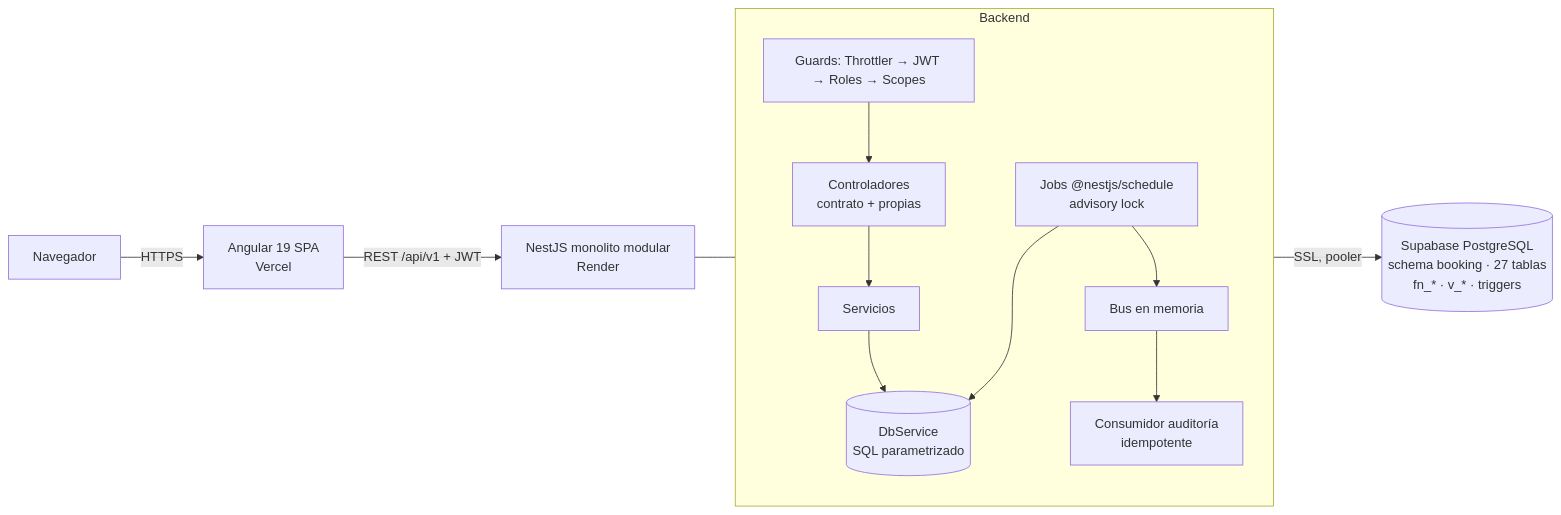
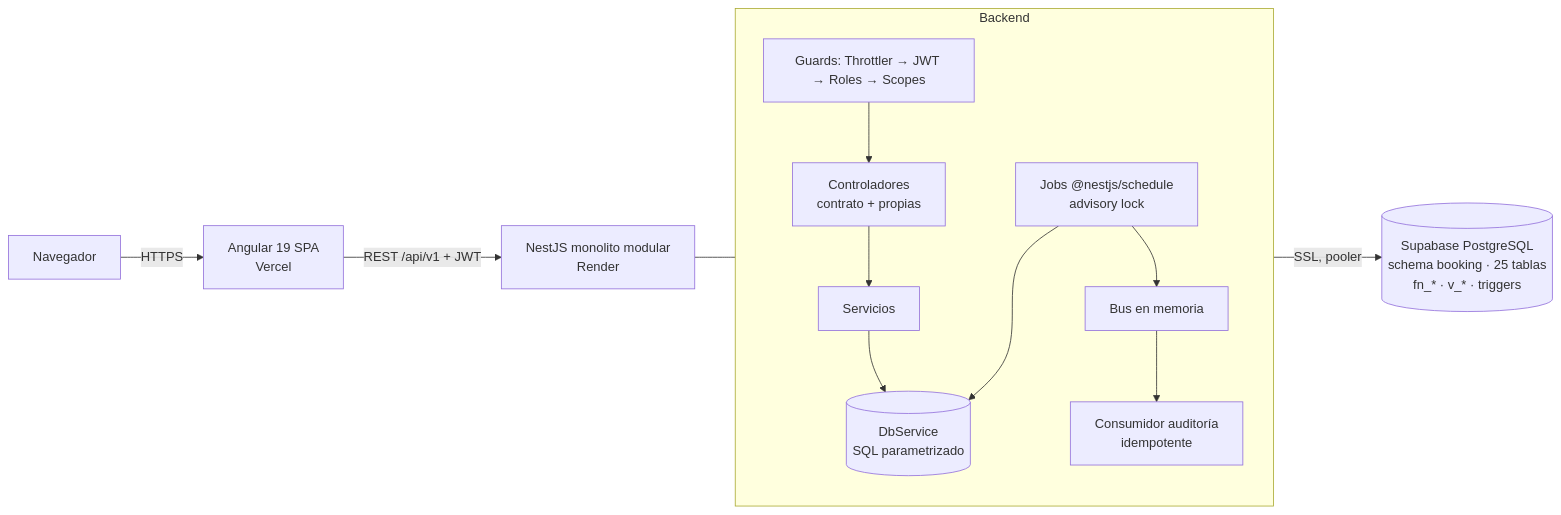
The first of 2 diagrams in docs/DOCUMENTO_TECNICO.md (SamNunez31/Reto1IS), drawn with Mermaid before and after one commit. The commit also changed other lines of this file and 63 other files, not shown here.

````diff
--- a/docs/DOCUMENTO_TECNICO.md
+++ b/docs/DOCUMENTO_TECNICO.md
@@ -50,15 +50,15 @@
 ```mermaid
 flowchart LR
   U[Navegador] -->|HTTPS| FE[Angular 19 SPA<br/>Vercel]
   FE -->|REST /api/v1 + JWT| BE[NestJS monolito modular<br/>Render]
   subgraph BE_mod[Backend]
     direction TB
     G[Guards: Throttler → JWT → Roles → Scopes] --> C[Controladores<br/>contrato + propias]
     C --> S[Servicios]
     S --> DB[(DbService<br/>SQL parametrizado)]
     J[Jobs @nestjs/schedule<br/>advisory lock] --> DB
     J --> BUS[Bus en memoria] --> AUD[Consumidor auditoría<br/>idempotente]
   end
   BE --- BE_mod
-  DB -->|SSL, pooler| PG[(Supabase PostgreSQL<br/>schema booking · 27 tablas<br/>fn_* · v_* · triggers)]
+  DB -->|SSL, pooler| PG[(Supabase PostgreSQL<br/>schema booking · 25 tablas<br/>fn_* · v_* · triggers)]
 ```
````
